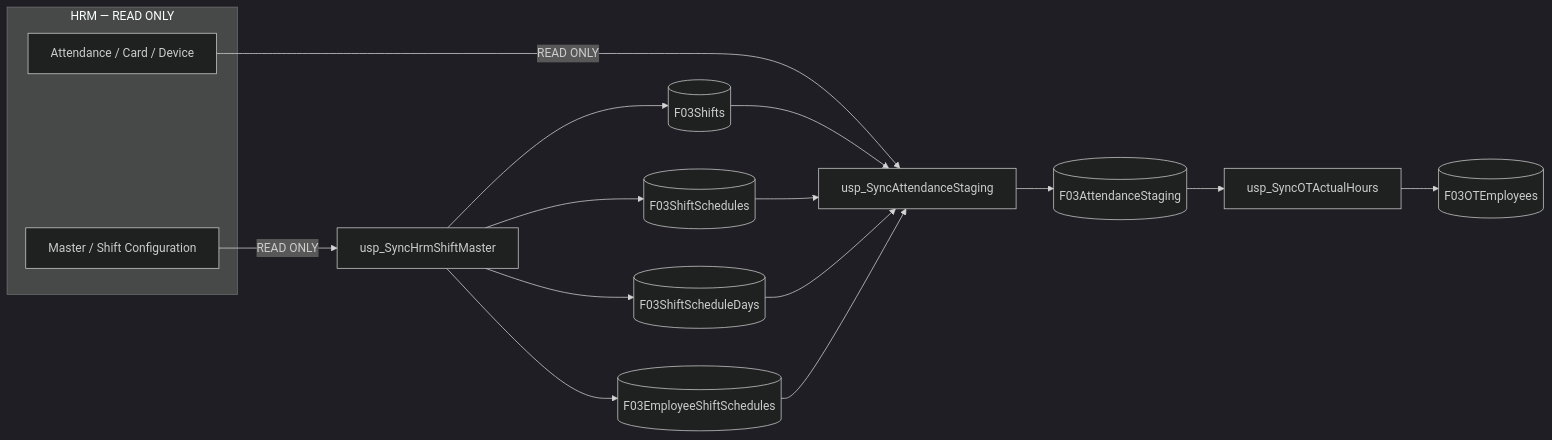
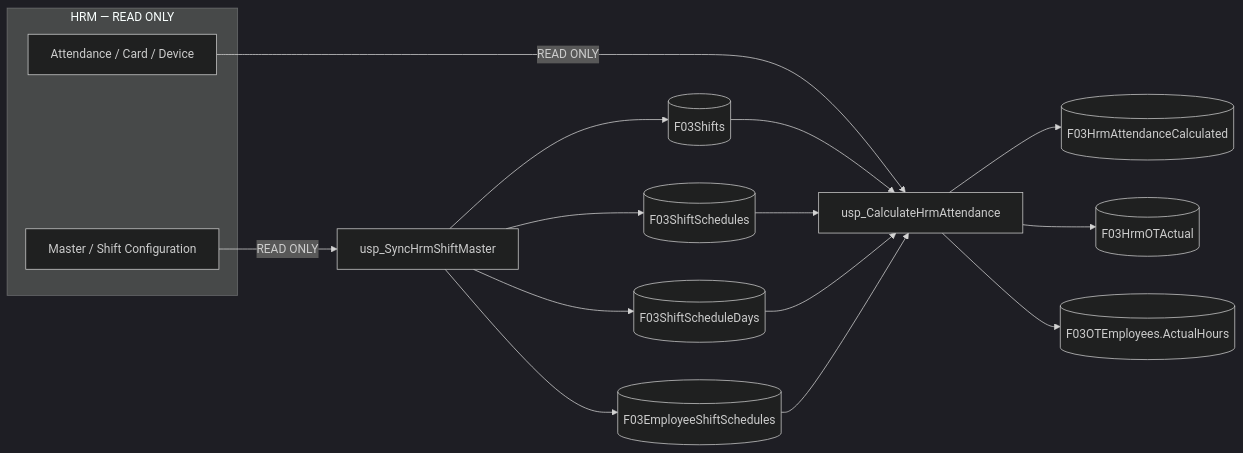
Before and after one commit to Nang0559/Reggister: the seventh of 11 diagrams in MÔ HÌNH/01_FLOWS_TOTAL.md, drawn with Mermaid (dark theme). The commit also changed other lines of this file, not shown here.

Commit message:
Update total architecture flow

````diff
--- a/MÔ HÌNH/01_FLOWS_TOTAL.md
+++ b/MÔ HÌNH/01_FLOWS_TOTAL.md
@@ -156,22 +156,22 @@
 ```mermaid
 flowchart LR
     subgraph HRM[HRM — READ ONLY]
         HM[Master / Shift Configuration]
         HA[Attendance / Card / Device]
     end
 
     HM -->|READ ONLY| P1[usp_SyncHrmShiftMaster]
     P1 --> SM[(F03Shifts)]
     P1 --> SS[(F03ShiftSchedules)]
     P1 --> SD[(F03ShiftScheduleDays)]
     P1 --> ES[(F03EmployeeShiftSchedules)]
 
-    HA -->|READ ONLY| P2[usp_SyncAttendanceStaging]
-    SM --> P2
-    SS --> P2
-    SD --> P2
-    ES --> P2
-    P2 --> AST[(F03AttendanceStaging)]
-    AST --> P3[usp_SyncOTActualHours]
-    P3 --> OT[(F03OTEmployees)]
+    HA -->|READ ONLY| CALC[usp_CalculateHrmAttendance]
+    SM --> CALC
+    SS --> CALC
+    SD --> CALC
+    ES --> CALC
+    CALC --> ATT[(F03HrmAttendanceCalculated)]
+    CALC --> ACT[(F03HrmOTActual)]
+    CALC --> OT[(F03OTEmployees.ActualHours)]
 ```
````
